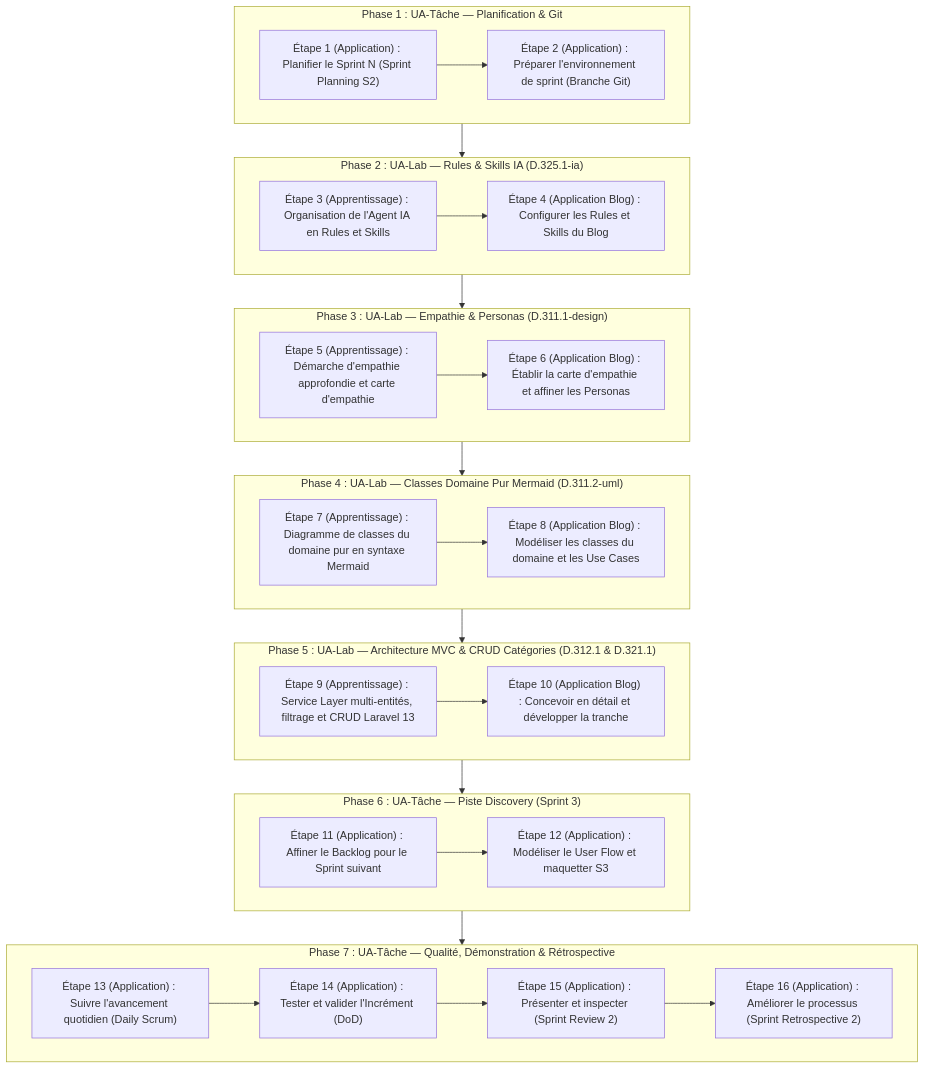
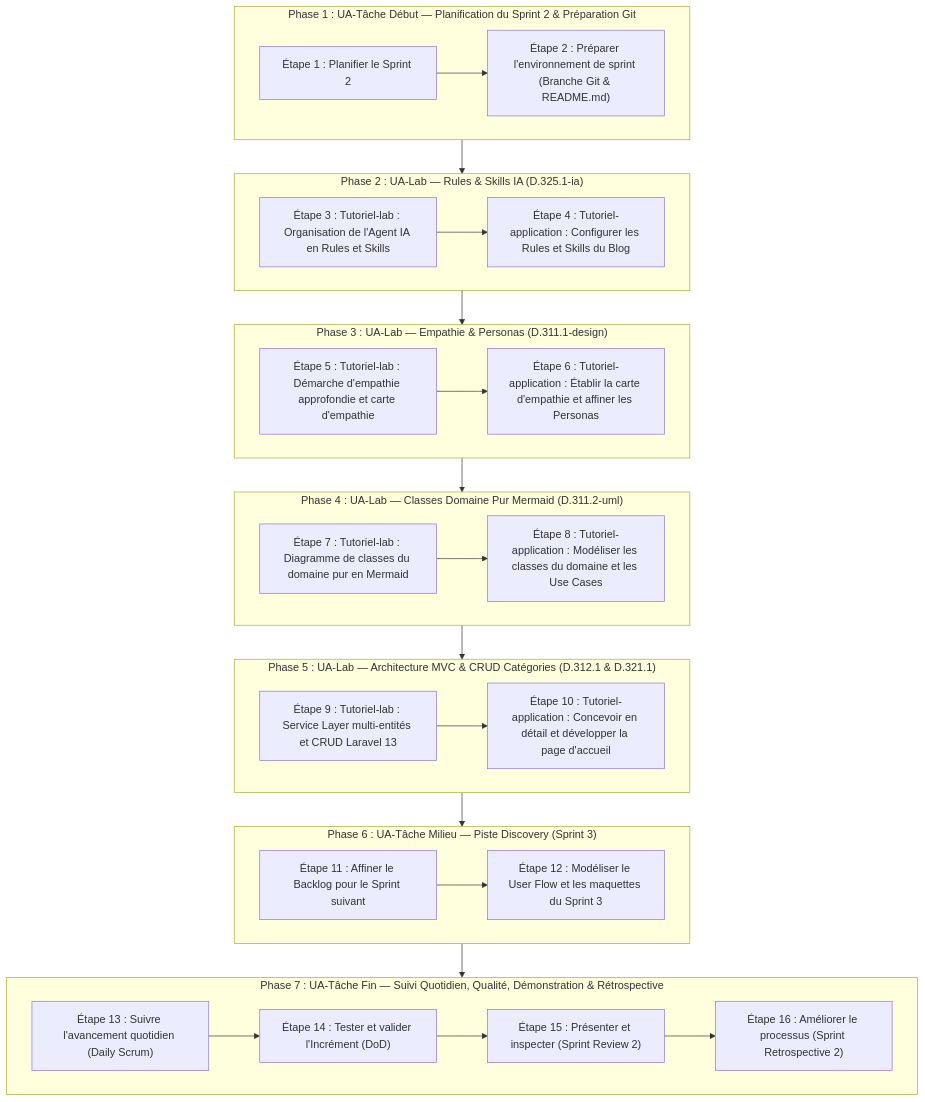
One commit to labs-web/projet-imiation-n3 changed the diagram in flux-travail/sessions/flux-travail-s2.md. Above: the diagram before and after it, drawn with Mermaid. The commit also changed other lines of this file and 9 other files, not shown here.

````diff
--- a/flux-travail/sessions/flux-travail-s2.md
+++ b/flux-travail/sessions/flux-travail-s2.md
@@ -59,48 +59,48 @@
 ```mermaid
 flowchart TD
-    subgraph P1 ["Phase 1 : UA-Tâche — Planification & Git"]
-        E1["Étape 1 (Application) : Planifier le Sprint N (Sprint Planning S2)"]
-        E2["Étape 2 (Application) : Préparer l'environnement de sprint (Branche Git)"]
+    subgraph P1 ["Phase 1 : UA-Tâche Début — Planification du Sprint 2 & Préparation Git"]
+        E1["Étape 1 : Planifier le Sprint 2"]
+        E2["Étape 2 : Préparer l'environnement de sprint (Branche Git & README.md)"]
         E1 --> E2
     end
 
     subgraph P2 ["Phase 2 : UA-Lab — Rules & Skills IA (D.325.1-ia)"]
-        E3["Étape 3 (Apprentissage) : Organisation de l'Agent IA en Rules et Skills"]
-        E4["Étape 4 (Application Blog) : Configurer les Rules et Skills du Blog"]
+        E3["Étape 3 : Tutoriel-lab : Organisation de l'Agent IA en Rules et Skills"]
+        E4["Étape 4 : Tutoriel-application : Configurer les Rules et Skills du Blog"]
         E3 --> E4
     end
 
     subgraph P3 ["Phase 3 : UA-Lab — Empathie & Personas (D.311.1-design)"]
-        E5["Étape 5 (Apprentissage) : Démarche d'empathie approfondie et carte d'empathie"]
-        E6["Étape 6 (Application Blog) : Établir la carte d'empathie et affiner les Personas"]
+        E5["Étape 5 : Tutoriel-lab : Démarche d'empathie approfondie et carte d'empathie"]
+        E6["Étape 6 : Tutoriel-application : Établir la carte d'empathie et affiner les Personas"]
         E5 --> E6
     end
 
     subgraph P4 ["Phase 4 : UA-Lab — Classes Domaine Pur Mermaid (D.311.2-uml)"]
-        E7["Étape 7 (Apprentissage) : Diagramme de classes du domaine pur en syntaxe Mermaid"]
-        E8["Étape 8 (Application Blog) : Modéliser les classes du domaine et les Use Cases"]
+        E7["Étape 7 : Tutoriel-lab : Diagramme de classes du domaine pur en Mermaid"]
+        E8["Étape 8 : Tutoriel-application : Modéliser les classes du domaine et les Use Cases"]
         E7 --> E8
     end
 
     subgraph P5 ["Phase 5 : UA-Lab — Architecture MVC & CRUD Catégories (D.312.1 & D.321.1)"]
-        E9["Étape 9 (Apprentissage) : Service Layer multi-entités, filtrage et CRUD Laravel 13"]
-        E10["Étape 10 (Application Blog) : Concevoir en détail et développer la tranche"]
+        E9["Étape 9 : Tutoriel-lab : Service Layer multi-entités et CRUD Laravel 13"]
+        E10["Étape 10 : Tutoriel-application : Concevoir en détail et développer la page d'accueil"]
         E9 --> E10
     end
 
-    subgraph P6 ["Phase 6 : UA-Tâche — Piste Discovery (Sprint 3)"]
-        E11["Étape 11 (Application) : Affiner le Backlog pour le Sprint suivant"]
-        E12["Étape 12 (Application) : Modéliser le User Flow et maquetter S3"]
+    subgraph P6 ["Phase 6 : UA-Tâche Milieu — Piste Discovery (Sprint 3)"]
+        E11["Étape 11 : Affiner le Backlog pour le Sprint suivant"]
+        E12["Étape 12 : Modéliser le User Flow et les maquettes du Sprint 3"]
         E11 --> E12
     end
 
-    subgraph P7 ["Phase 7 : UA-Tâche — Qualité, Démonstration & Rétrospective"]
-        E13["Étape 13 (Application) : Suivre l'avancement quotidien (Daily Scrum)"]
-        E14["Étape 14 (Application) : Tester et valider l'Incrément (DoD)"]
-        E15["Étape 15 (Application) : Présenter et inspecter (Sprint Review 2)"]
-        E16["Étape 16 (Application) : Améliorer le processus (Sprint Retrospective 2)"]
+    subgraph P7 ["Phase 7 : UA-Tâche Fin — Suivi Quotidien, Qualité, Démonstration & Rétrospective"]
+        E13["Étape 13 : Suivre l'avancement quotidien (Daily Scrum)"]
+        E14["Étape 14 : Tester et valider l'Incrément (DoD)"]
+        E15["Étape 15 : Présenter et inspecter (Sprint Review 2)"]
+        E16["Étape 16 : Améliorer le processus (Sprint Retrospective 2)"]
         E13 --> E14 --> E15 --> E16
     end
 
     P1 --> P2 --> P3 --> P4 --> P5 --> P6 --> P7
 ```
````
